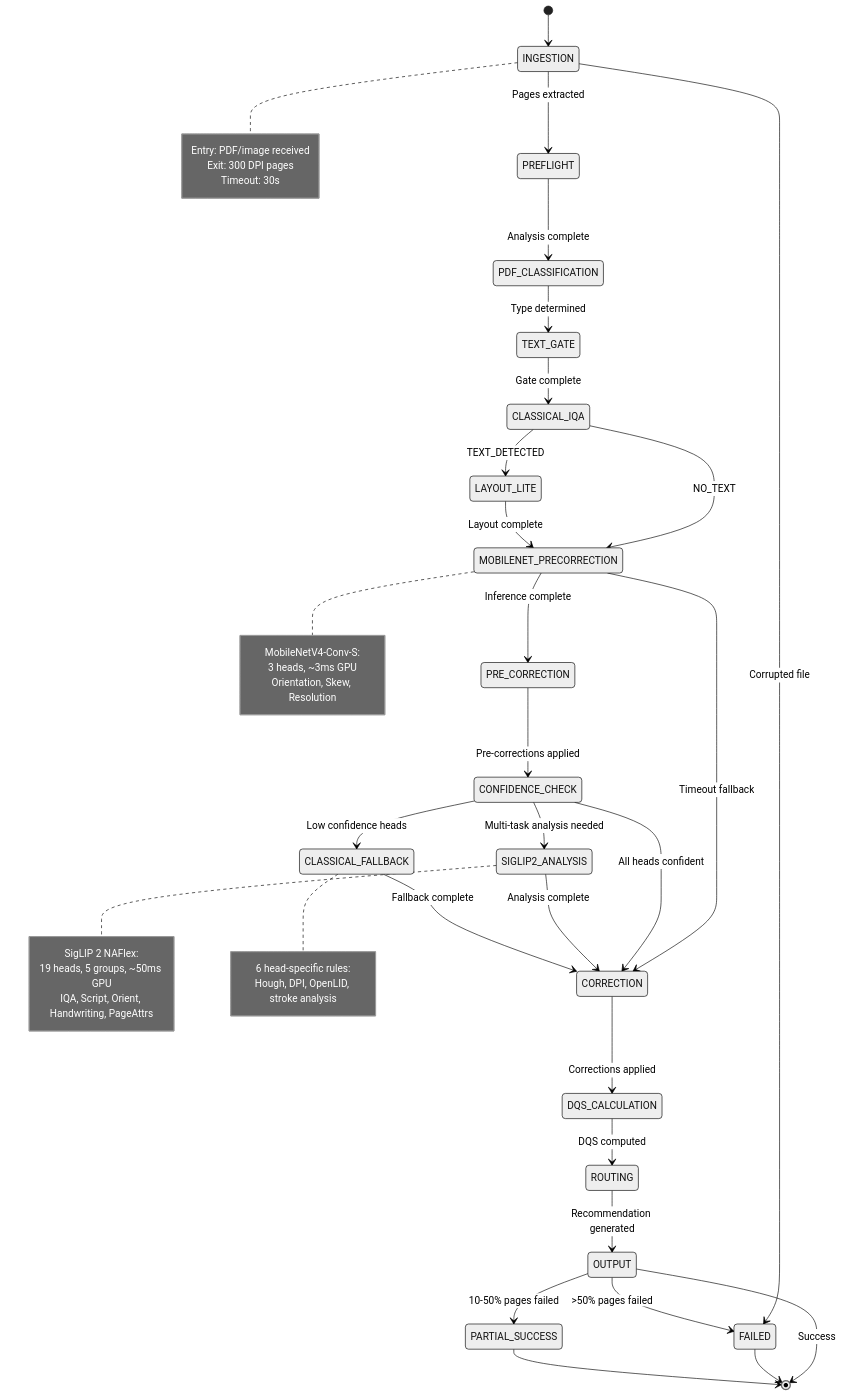
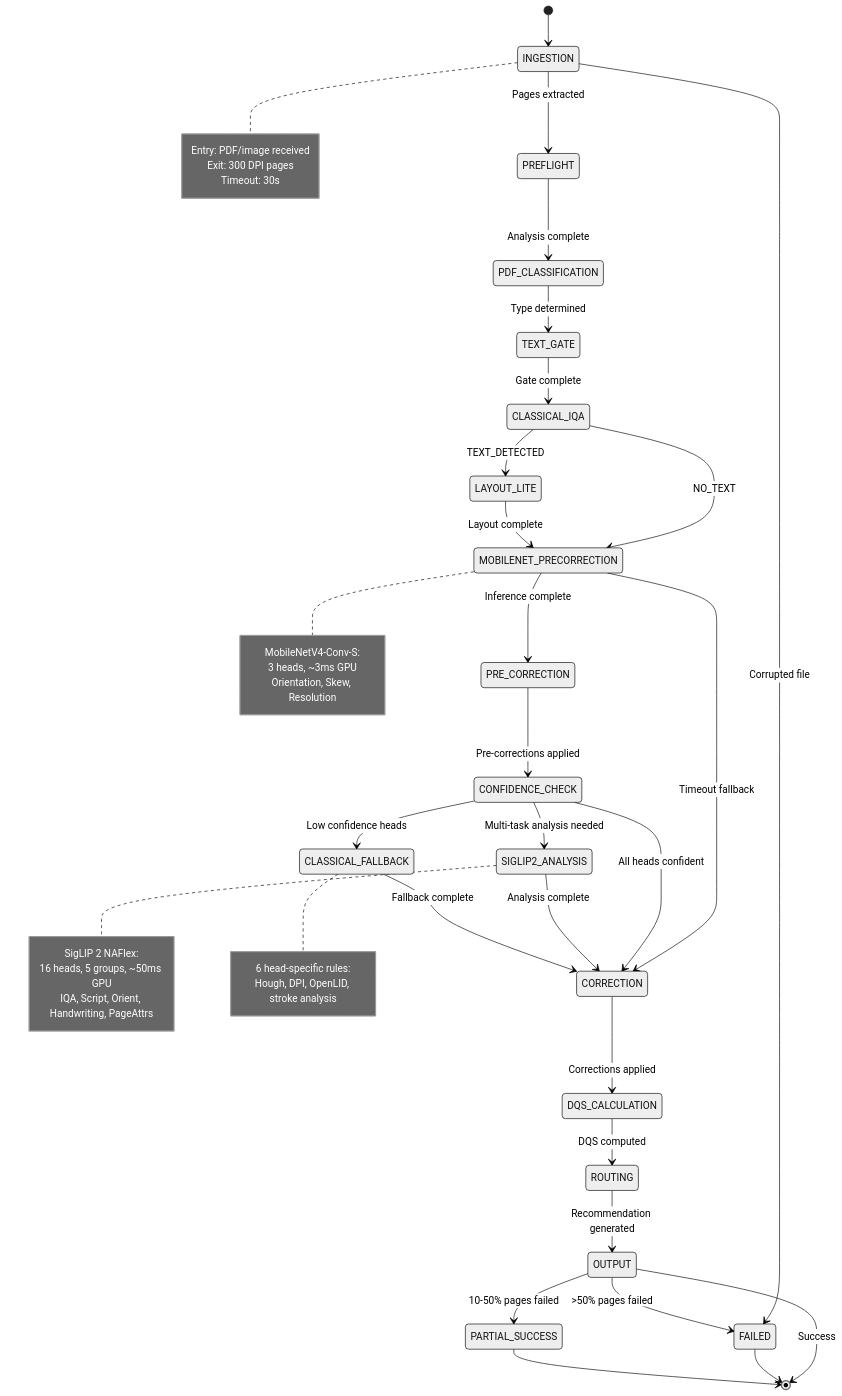
One commit to williaby/image-preprocessing-detector changed the second of 2 diagrams in docs/architecture/diagrams/level-3/production-runtime/pipeline-state-machine.md. Above: the diagram before and after it, drawn with Mermaid (neutral theme). The commit also changed other lines of this file and 31 other files, not shown here.

First line of the commit message:
docs(architecture): add shared Foundry pipeline Level 0 page and retire Project A-D framing (#208)

````diff
--- a/docs/architecture/diagrams/level-3/production-runtime/pipeline-state-machine.md
+++ b/docs/architecture/diagrams/level-3/production-runtime/pipeline-state-machine.md
@@ -389,67 +389,67 @@
 ```mermaid
 stateDiagram-v2
     [*] --> INGESTION
 
     INGESTION --> PREFLIGHT : Pages extracted
     INGESTION --> FAILED : Corrupted file
 
     PREFLIGHT --> PDF_CLASSIFICATION : Analysis complete
 
     PDF_CLASSIFICATION --> TEXT_GATE : Type determined
 
     TEXT_GATE --> CLASSICAL_IQA : Gate complete
 
     CLASSICAL_IQA --> LAYOUT_LITE : TEXT_DETECTED
     CLASSICAL_IQA --> MOBILENET_PRECORRECTION : NO_TEXT
 
     LAYOUT_LITE --> MOBILENET_PRECORRECTION : Layout complete
 
     MOBILENET_PRECORRECTION --> PRE_CORRECTION : Inference complete
     MOBILENET_PRECORRECTION --> CORRECTION : Timeout fallback
 
     PRE_CORRECTION --> CONFIDENCE_CHECK : Pre-corrections applied
 
     CONFIDENCE_CHECK --> SIGLIP2_ANALYSIS : Multi-task analysis needed
     CONFIDENCE_CHECK --> CLASSICAL_FALLBACK : Low confidence heads
     CONFIDENCE_CHECK --> CORRECTION : All heads confident
 
     SIGLIP2_ANALYSIS --> CORRECTION : Analysis complete
 
     CLASSICAL_FALLBACK --> CORRECTION : Fallback complete
 
     CORRECTION --> DQS_CALCULATION : Corrections applied
 
     DQS_CALCULATION --> ROUTING : DQS computed
 
     ROUTING --> OUTPUT : Recommendation generated
 
     OUTPUT --> [*] : Success
     OUTPUT --> PARTIAL_SUCCESS : 10-50% pages failed
     OUTPUT --> FAILED : >50% pages failed
 
     FAILED --> [*]
     PARTIAL_SUCCESS --> [*]
 
     note right of INGESTION
         Entry: PDF/image received
         Exit: 300 DPI pages
         Timeout: 30s
     end note
 
     note right of MOBILENET_PRECORRECTION
         MobileNetV4-Conv-S:
         3 heads, ~3ms GPU
         Orientation, Skew, Resolution
     end note
 
     note right of SIGLIP2_ANALYSIS
         SigLIP 2 NAFlex:
-        19 heads, 5 groups, ~50ms GPU
+        16 heads, 5 groups, ~50ms GPU
         IQA, Script, Orient, Handwriting, PageAttrs
     end note
 
     note right of CLASSICAL_FALLBACK
         6 head-specific rules:
         Hough, DPI, OpenLID, stroke analysis
     end note
 ```
````
